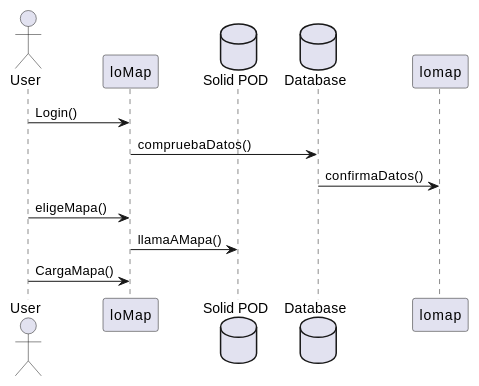
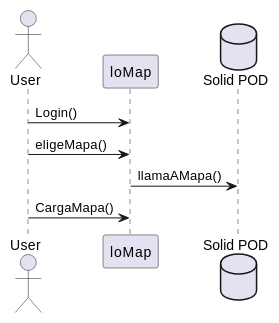
Before and after one commit to Arquisoft/lomap_es4c: the third of 10 diagrams in docs/06_runtime_view.adoc, drawn with PlantUML. The commit also changed other lines of this file, not shown here.

```diff
--- a/docs/06_runtime_view.adoc
+++ b/docs/06_runtime_view.adoc
@@ -70,14 +70,11 @@
 [plantuml,"Cargar mapa",png]
 ----
 actor User as user
 participant "loMap" as loMap
 database "Solid POD" as pod
-database "Database" as data
 
 user -> loMap :Login()
-loMap -> data: compruebaDatos()
-lomap <- data: confirmaDatos()
 user -> loMap : eligeMapa()
 loMap -> pod: llamaAMapa()
 user -> loMap : CargaMapa()
 ----
```
